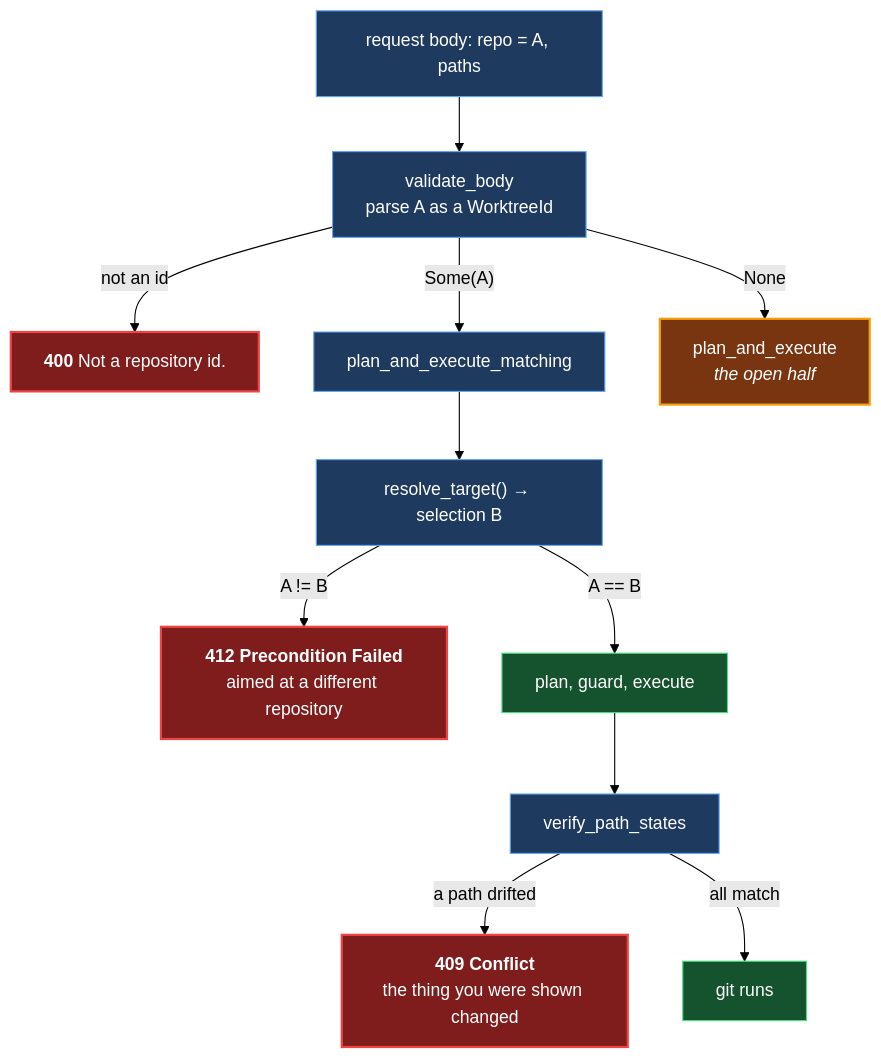
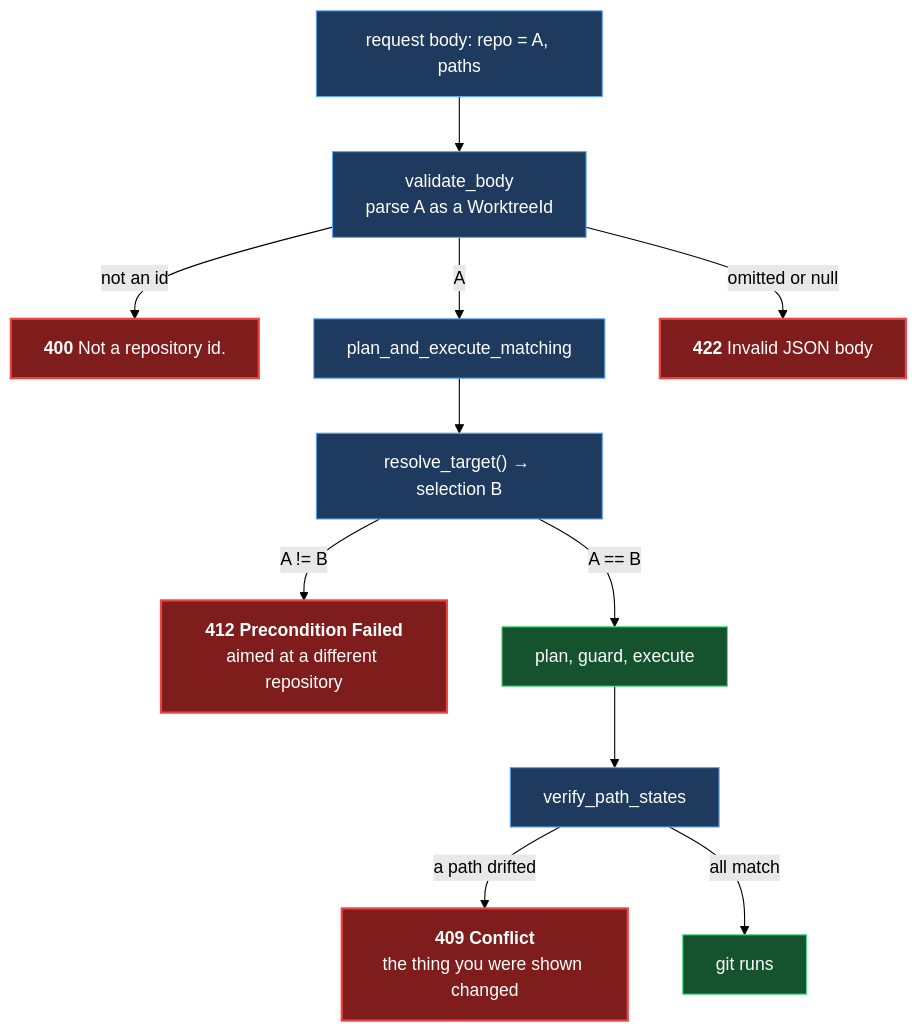
The second of 3 diagrams in docs/adr/0140-a-destructive-write-carries-the-repository-it-was-built-against.md (tom2025b/git-vista), drawn with Mermaid (forest theme) before and after one commit. The commit also changed other lines of this file and 13 other files, not shown here.

````diff
--- a/docs/adr/0140-a-destructive-write-carries-the-repository-it-was-built-against.md
+++ b/docs/adr/0140-a-destructive-write-carries-the-repository-it-was-built-against.md
@@ -75,22 +75,20 @@
 ```mermaid
 flowchart TD
   B["request body: repo = A, paths"] --> Q["validate_body<br/>parse A as a WorktreeId"]
   Q -->|"not an id"| E400["<b>400</b> Not a repository id."]
-  Q -->|"Some(A)"| M["plan_and_execute_matching"]
-  Q -->|"None"| U["plan_and_execute<br/><i>the open half</i>"]
+  Q -->|"A"| M["plan_and_execute_matching"]
+  Q -->|"omitted or null"| E422["<b>422</b> Invalid JSON body"]
   M --> T["resolve_target() → selection B"]
   T -->|"A != B"| E412["<b>412 Precondition Failed</b><br/>aimed at a different repository"]
   T -->|"A == B"| G["plan, guard, execute"]
   G --> VP["verify_path_states"]
   VP -->|"a path drifted"| E409["<b>409 Conflict</b><br/>the thing you were shown changed"]
   VP -->|"all match"| RUN["git runs"]
 
   classDef refuse fill:#7f1d1d,color:#ffffff,stroke:#ef4444,stroke-width:2px
-  classDef open fill:#78350f,color:#ffffff,stroke:#f59e0b,stroke-width:2px
   classDef ok fill:#14532d,color:#ffffff,stroke:#4ade80,stroke-width:1px
   classDef step fill:#1e3a5f,color:#ffffff,stroke:#60a5fa,stroke-width:1px
-  class E400,E412,E409 refuse
-  class U open
+  class E400,E412,E409,E422 refuse
   class RUN,G ok
   class B,Q,M,T,VP step
 ```
````
